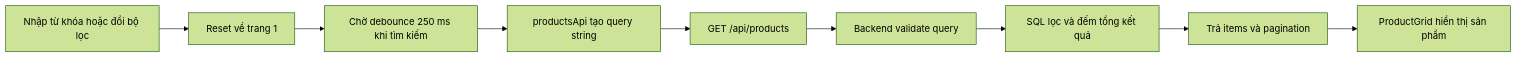
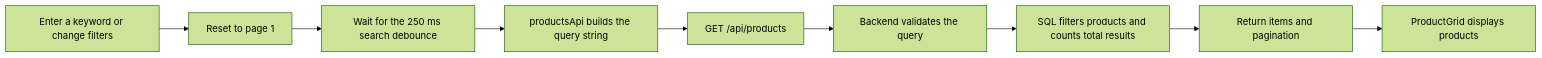
One commit to Henhhh/Web_29GG changed the second of 2 diagrams in docs/product-search-filter-flow.md. Above: the diagram before and after it, drawn with Mermaid (forest theme). The commit also changed other lines of this file and 5 other files, not shown here.

````diff
--- a/docs/product-search-filter-flow.md
+++ b/docs/product-search-filter-flow.md
@@ -51,11 +51,11 @@
 ```mermaid
 flowchart LR
-    A[Nhập từ khóa hoặc đổi bộ lọc] --> B[Reset về trang 1]
-    B --> C[Chờ debounce 250 ms khi tìm kiếm]
-    C --> D[productsApi tạo query string]
+    A[Enter a keyword or change filters] --> B[Reset to page 1]
+    B --> C[Wait for the 250 ms search debounce]
+    C --> D[productsApi builds the query string]
     D --> E[GET /api/products]
-    E --> F[Backend validate query]
-    F --> G[SQL lọc và đếm tổng kết quả]
-    G --> H[Trả items và pagination]
-    H --> I[ProductGrid hiển thị sản phẩm]
+    E --> F[Backend validates the query]
+    F --> G[SQL filters products and counts total results]
+    G --> H[Return items and pagination]
+    H --> I[ProductGrid displays products]
 ```
````
